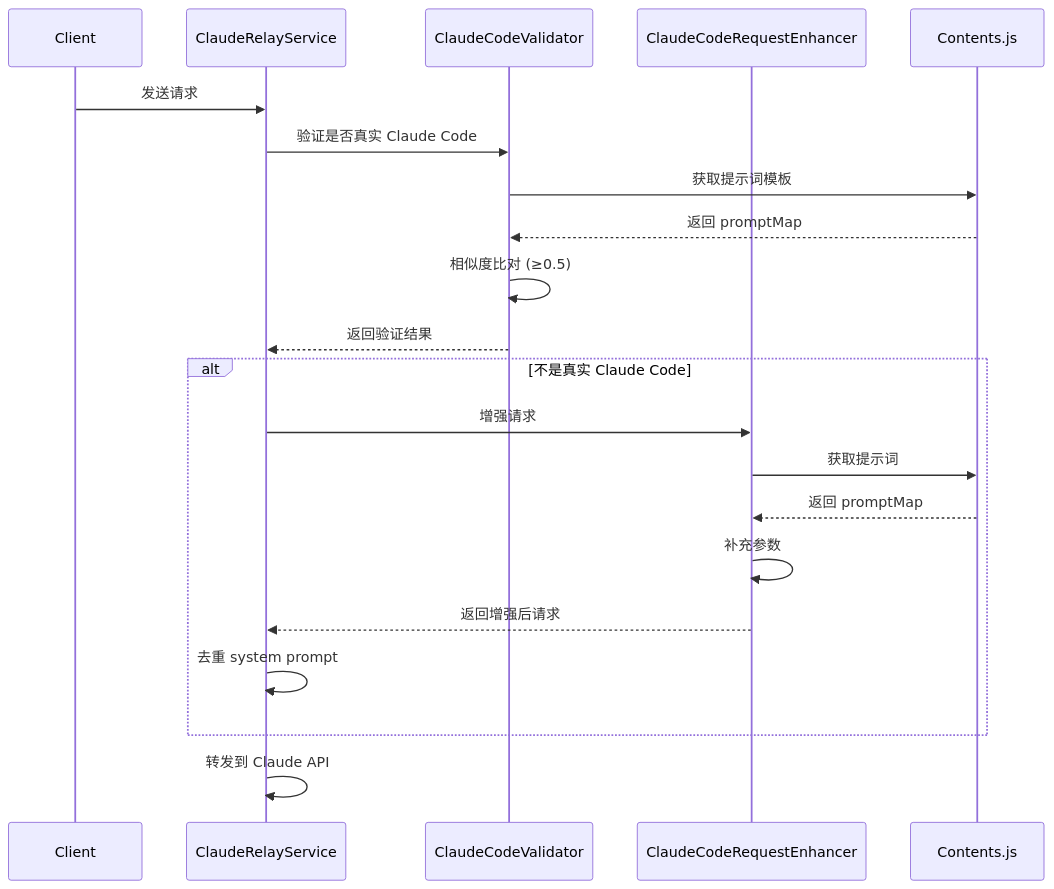
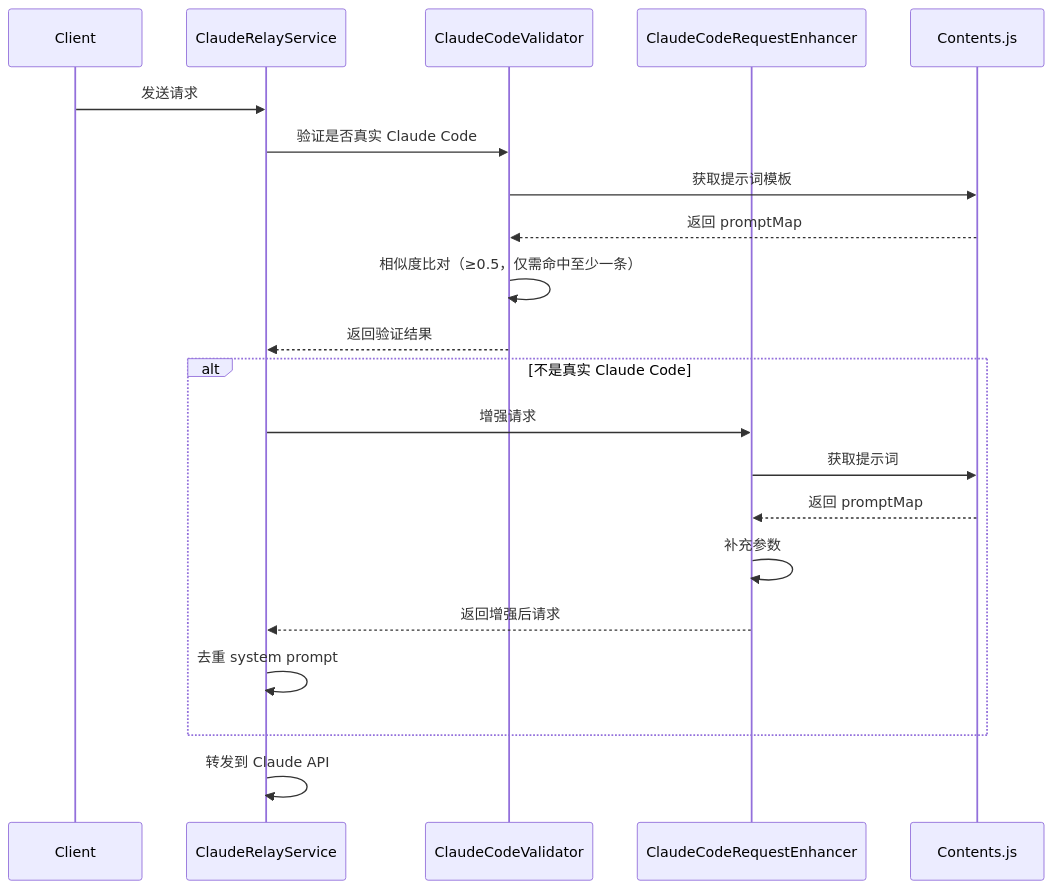
Before and after one commit to xj4007/claude-relay-service: the second of 3 diagrams in docs/CLAUDE_CODE_ENHANCEMENT_GUIDE.md, drawn with Mermaid. The commit also changed other lines of this file and 1 other file, not shown here.

Commit message:
fix: 优化ClaudeCodeValidator和内容匹配逻辑，增强系统提示词验证的鲁棒性，确保至少匹配一条官方模板并记录未达标条目

````diff
--- a/docs/CLAUDE_CODE_ENHANCEMENT_GUIDE.md
+++ b/docs/CLAUDE_CODE_ENHANCEMENT_GUIDE.md
@@ -252,26 +267,26 @@
 ```mermaid
 sequenceDiagram
     participant Client
     participant ClaudeRelayService
     participant ClaudeCodeValidator
     participant ClaudeCodeRequestEnhancer
     participant Contents.js
 
     Client->>ClaudeRelayService: 发送请求
     ClaudeRelayService->>ClaudeCodeValidator: 验证是否真实 Claude Code
     ClaudeCodeValidator->>Contents.js: 获取提示词模板
     Contents.js-->>ClaudeCodeValidator: 返回 promptMap
-    ClaudeCodeValidator->>ClaudeCodeValidator: 相似度比对 (≥0.5)
+    ClaudeCodeValidator->>ClaudeCodeValidator: 相似度比对（≥0.5，仅需命中至少一条）
     ClaudeCodeValidator-->>ClaudeRelayService: 返回验证结果
 
     alt 不是真实 Claude Code
         ClaudeRelayService->>ClaudeCodeRequestEnhancer: 增强请求
         ClaudeCodeRequestEnhancer->>Contents.js: 获取提示词
         Contents.js-->>ClaudeCodeRequestEnhancer: 返回 promptMap
         ClaudeCodeRequestEnhancer->>ClaudeCodeRequestEnhancer: 补充参数
         ClaudeCodeRequestEnhancer-->>ClaudeRelayService: 返回增强后请求
         ClaudeRelayService->>ClaudeRelayService: 去重 system prompt
     end
 
     ClaudeRelayService->>ClaudeRelayService: 转发到 Claude API
 ```
````
